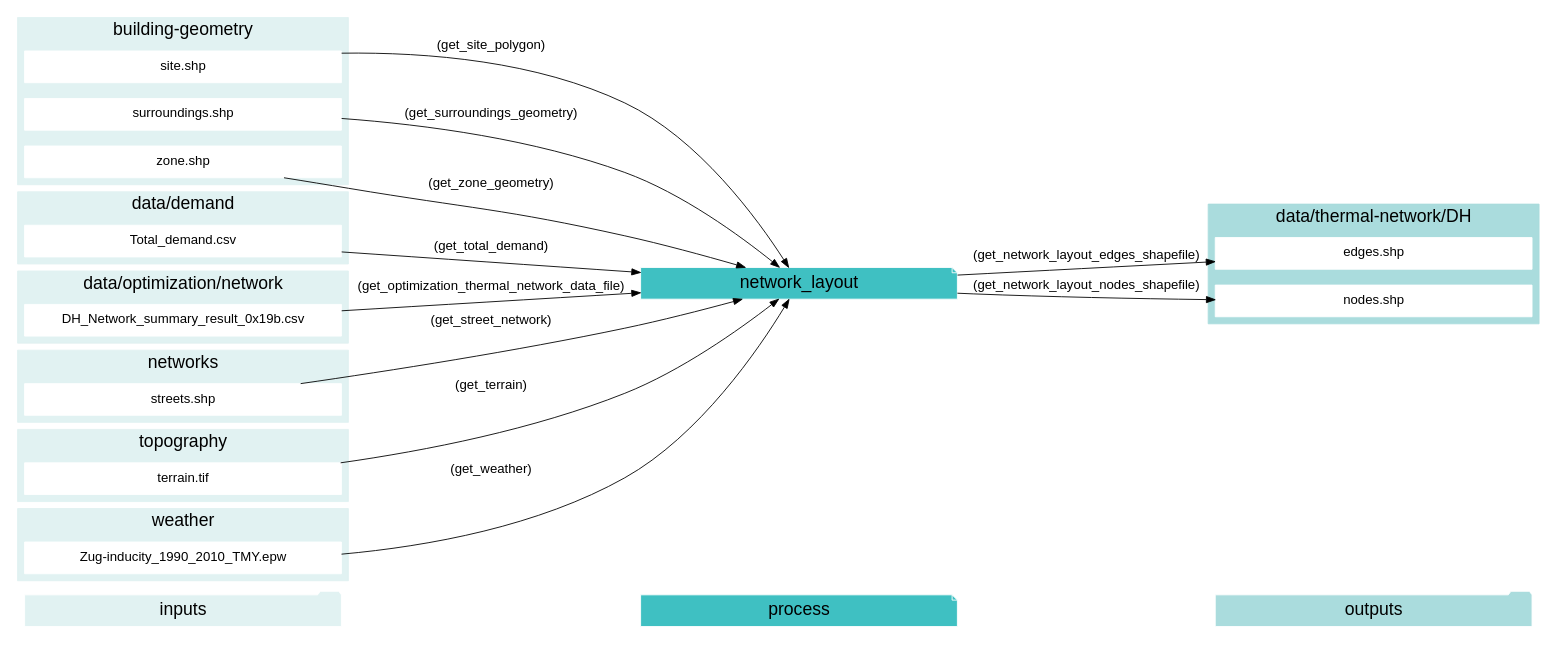
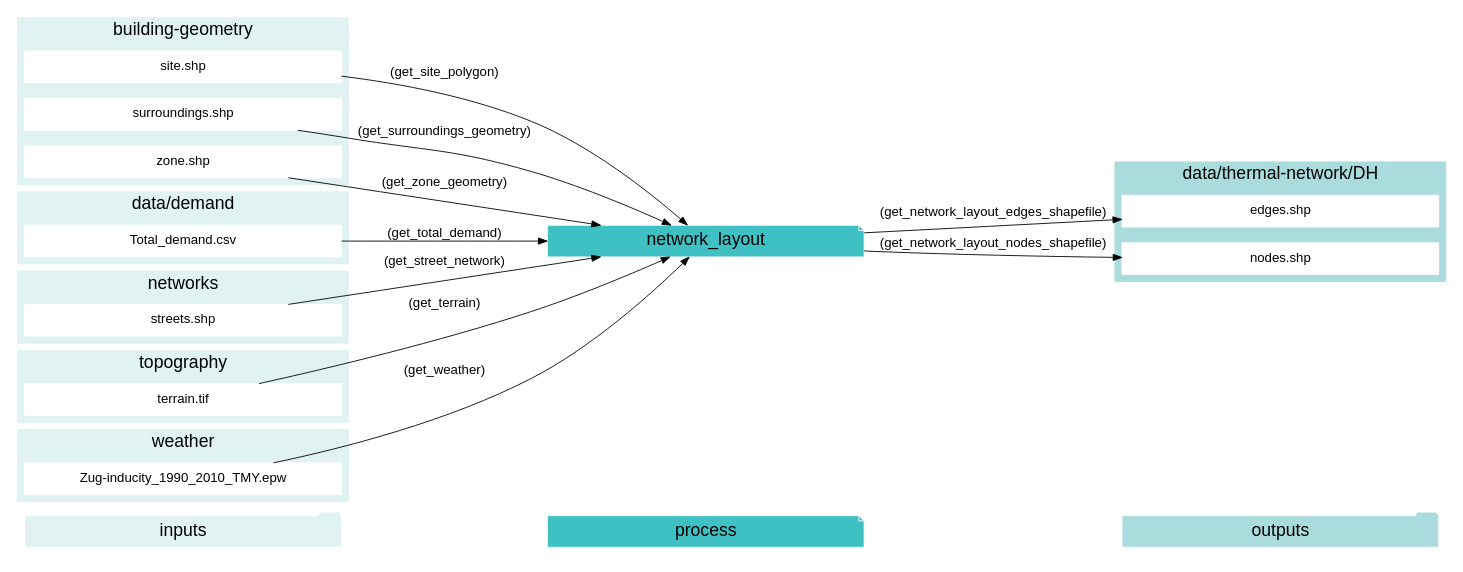
Diagram 18 of 23 in docs/script-data-flow.rst (architecture-building-systems/CityEnergyAnalyst), drawn with Graphviz before and after one commit. The commit also changed other lines of this file and 25 other files, not shown here.

Commit message:
working on the graphviz output

```diff
--- a/docs/script-data-flow.rst
+++ b/docs/script-data-flow.rst
@@ -1911,15 +1758,7 @@
         label="data/demand";
         "Total_demand.csv"
     }
-    subgraph cluster_2_in {
-        style = filled;
-        color = "#E1F2F2";
-        fontsize = 20;
-        rank=same;
-        label="data/optimization/network";
-        "DH_Network_summary_result_0x19b.csv"
-    }
-    subgraph cluster_3_out {
+    subgraph cluster_2_out {
         style = filled;
         color = "#aadcdd";
         fontsize = 20;
@@ -1928,7 +1767,7 @@
         "edges.shp"
         "nodes.shp"
     }
-    subgraph cluster_4_in {
+    subgraph cluster_3_in {
         style = filled;
         color = "#E1F2F2";
         fontsize = 20;
@@ -1936,7 +1775,7 @@
         label="networks";
         "streets.shp"
     }
-    subgraph cluster_5_in {
+    subgraph cluster_4_in {
         style = filled;
         color = "#E1F2F2";
         fontsize = 20;
@@ -1944,7 +1783,7 @@
         label="topography";
         "terrain.tif"
     }
-    subgraph cluster_6_in {
+    subgraph cluster_5_in {
         style = filled;
         color = "#E1F2F2";
         fontsize = 20;
@@ -1952,7 +1791,6 @@
         label="weather";
         "Zug-inducity_1990_2010_TMY.epw"
     }
-    "DH_Network_summary_result_0x19b.csv" -> "network_layout"[label="(get_optimization_thermal_network_data_file)"]
     "site.shp" -> "network_layout"[label="(get_site_polygon)"]
     "streets.shp" -> "network_layout"[label="(get_street_network)"]
     "surroundings.shp" -> "network_layout"[label="(get_surroundings_geometry)"]
```
